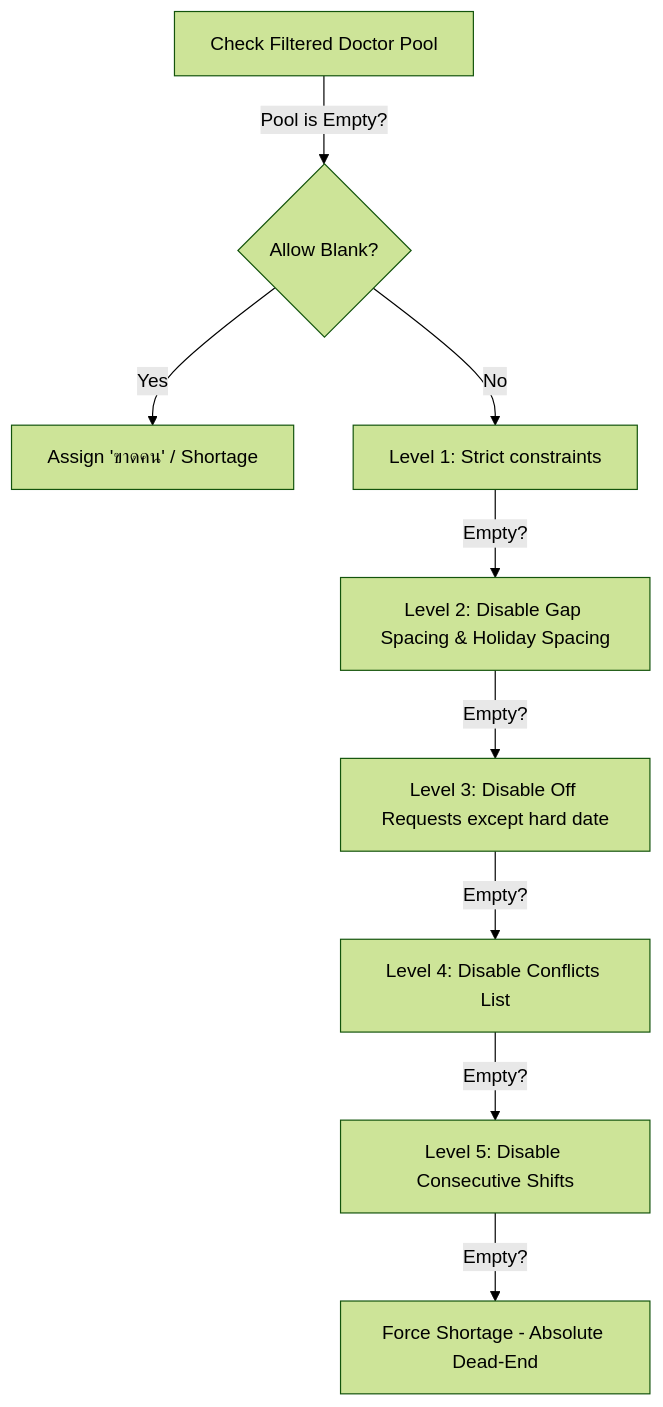
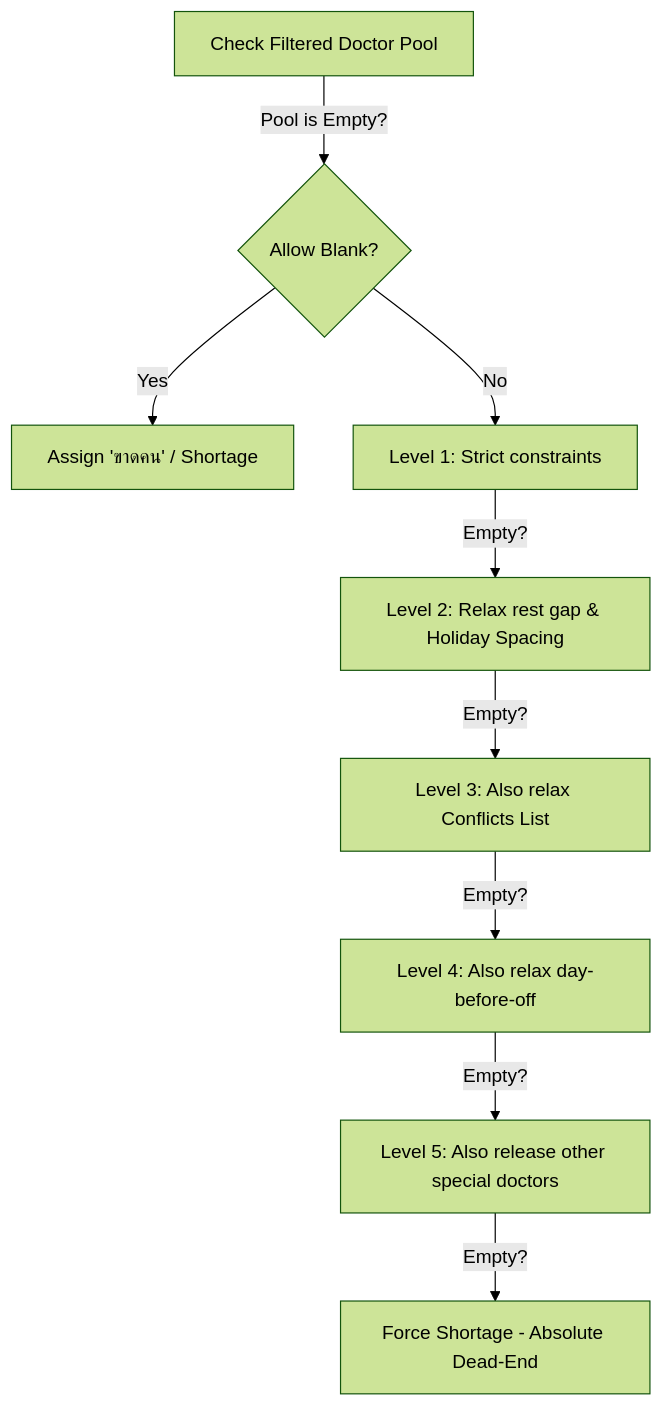
One commit to PleumA/PleumA.github.io changed the second of 2 diagrams in logic_report.md. Above: the diagram before and after it, drawn with Mermaid (forest theme). The commit also changed other lines of this file and 7 other files, not shown here.

````diff
--- a/logic_report.md
+++ b/logic_report.md
@@ -142,11 +143,11 @@
 ```mermaid
 graph TD
     Start[Check Filtered Doctor Pool] -->|Pool is Empty?| Dec{Allow Blank?}
     Dec -->|Yes| AssignBlank[Assign 'ขาดคน' / Shortage]
     Dec -->|No| L1[Level 1: Strict constraints]
-    L1 -->|Empty?| L2[Level 2: Disable Gap Spacing & Holiday Spacing]
-    L2 -->|Empty?| L3[Level 3: Disable Off Requests except hard date]
-    L3 -->|Empty?| L4[Level 4: Disable Conflicts List]
-    L4 -->|Empty?| L5[Level 5: Disable Consecutive Shifts]
+    L1 -->|Empty?| L2[Level 2: Relax rest gap & Holiday Spacing]
+    L2 -->|Empty?| L3[Level 3: Also relax Conflicts List]
+    L3 -->|Empty?| L4[Level 4: Also relax day-before-off]
+    L4 -->|Empty?| L5[Level 5: Also release other special doctors]
     L5 -->|Empty?| Shortage[Force Shortage - Absolute Dead-End]
 ```
````
